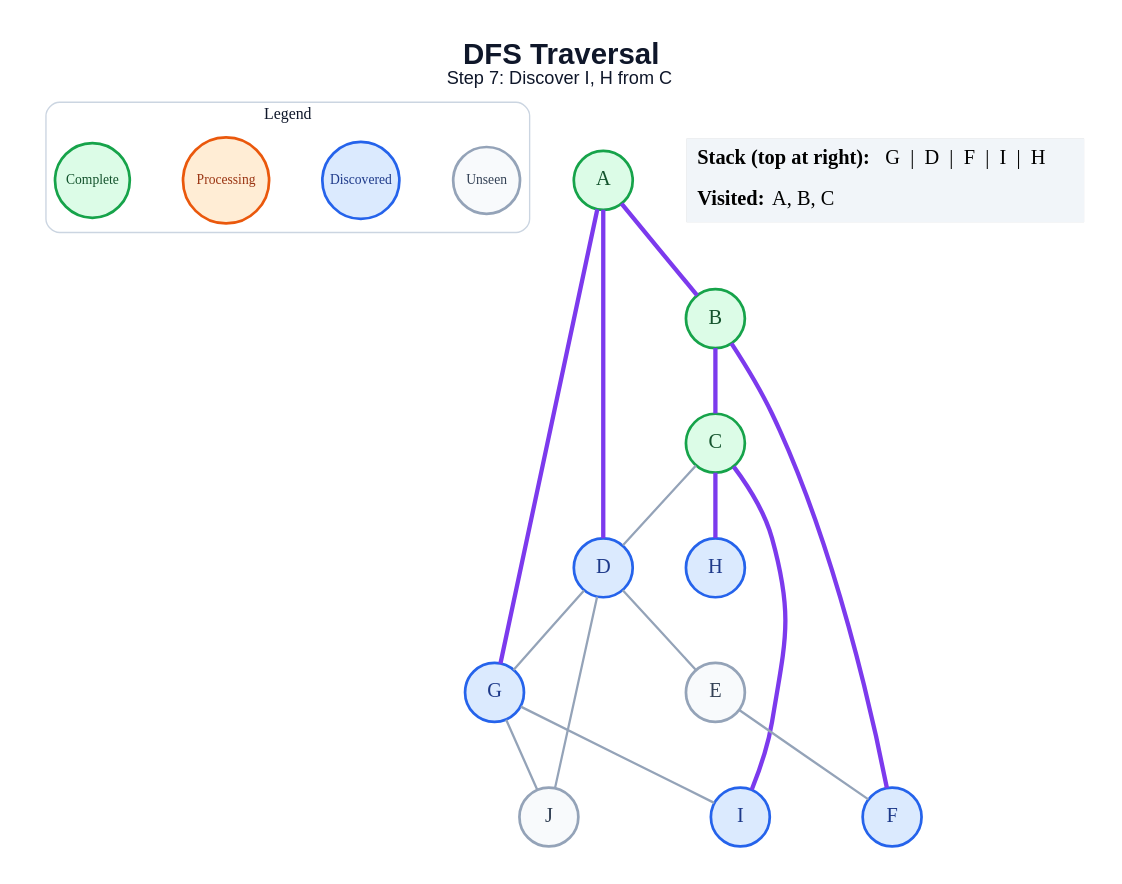
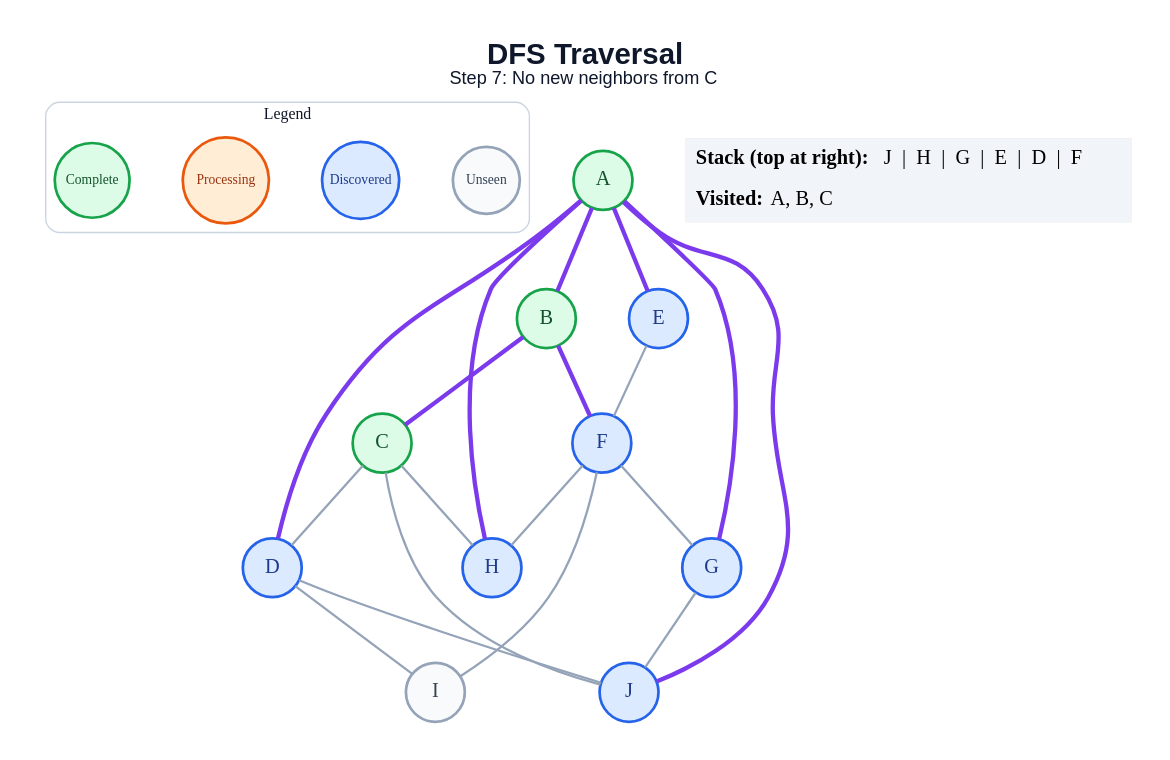
The diagram in generated/dfs/step_07.dot (anon7238593-create/ai-slop), drawn with Graphviz before and after one commit. The commit also changed 178 other files, not shown here.

```diff
--- a/generated/dfs/step_07.dot
+++ b/generated/dfs/step_07.dot
@@ -1,43 +1,47 @@
 graph traversal {
   graph [layout=dot, rankdir=TB, bgcolor="#FFFFFF", pad="0.35", nodesep="0.65", ranksep="0.8", fontname="Arial"];
   node [shape=circle, style="filled", fontname="Arial Bold", fontsize=18, width=0.72, fixedsize=true, penwidth=2.4];
   edge [color="#94A3B8", penwidth=2.0];
-  label=<<B>DFS Traversal</B><BR/><FONT POINT-SIZE="16">Step 7: Discover I, H from C</FONT>>; labelloc="t"; fontsize=26; fontname="Arial"; fontcolor="#0F172A";
+  label=<<B>DFS Traversal</B><BR/><FONT POINT-SIZE="16">Step 7: No new neighbors from C</FONT>>; labelloc="t"; fontsize=26; fontname="Arial"; fontcolor="#0F172A";
   subgraph cluster_legend { label="Legend"; color="#CBD5E1"; penwidth=1.2; style="rounded"; fontsize=14; fontname="Arial Bold";
     key_unseen [label="Unseen", fillcolor="#F8FAFC", color="#94A3B8", fontcolor="#334155", fontsize=12, width=0.82];
     key_frontier [label="Discovered", fillcolor="#DBEAFE", color="#2563EB", fontcolor="#1E3A8A", fontsize=12, width=0.95];
     key_current [label="Processing", fillcolor="#FFEDD5", color="#EA580C", fontcolor="#9A3412", fontsize=12, width=1.05];
     key_done [label="Complete", fillcolor="#DCFCE7", color="#16A34A", fontcolor="#14532D", fontsize=12, width=0.92];
     { rank=same; key_unseen; key_frontier; key_current; key_done; }
   }
   A [fillcolor="#DCFCE7", color="#16A34A", fontcolor="#14532D"];
   B [fillcolor="#DCFCE7", color="#16A34A", fontcolor="#14532D"];
   C [fillcolor="#DCFCE7", color="#16A34A", fontcolor="#14532D"];
   D [fillcolor="#DBEAFE", color="#2563EB", fontcolor="#1E3A8A"];
-  E [fillcolor="#F8FAFC", color="#94A3B8", fontcolor="#334155"];
+  E [fillcolor="#DBEAFE", color="#2563EB", fontcolor="#1E3A8A"];
   F [fillcolor="#DBEAFE", color="#2563EB", fontcolor="#1E3A8A"];
   G [fillcolor="#DBEAFE", color="#2563EB", fontcolor="#1E3A8A"];
   H [fillcolor="#DBEAFE", color="#2563EB", fontcolor="#1E3A8A"];
-  I [fillcolor="#DBEAFE", color="#2563EB", fontcolor="#1E3A8A"];
-  J [fillcolor="#F8FAFC", color="#94A3B8", fontcolor="#334155"];
+  I [fillcolor="#F8FAFC", color="#94A3B8", fontcolor="#334155"];
+  J [fillcolor="#DBEAFE", color="#2563EB", fontcolor="#1E3A8A"];
   A -- B [color="#7C3AED", penwidth=3.8];
   A -- D [color="#7C3AED", penwidth=3.8];
+  A -- E [color="#7C3AED", penwidth=3.8];
   A -- G [color="#7C3AED", penwidth=3.8];
+  A -- H [color="#7C3AED", penwidth=3.8];
+  A -- J [color="#7C3AED", penwidth=3.8];
   B -- C [color="#7C3AED", penwidth=3.8];
   B -- F [color="#7C3AED", penwidth=3.8];
   C -- D;
-  C -- H [color="#7C3AED", penwidth=3.8];
-  C -- I [color="#7C3AED", penwidth=3.8];
-  D -- E;
-  D -- G;
+  C -- H;
+  C -- J;
+  D -- I;
   D -- J;
   E -- F;
-  G -- I;
+  F -- G;
+  F -- H;
+  F -- I;
   G -- J;
   status [shape=plain, fixedsize=false, width=0, height=0, margin=0, label=<
     <TABLE BORDER="0" CELLBORDER="0" CELLPADDING="7" BGCOLOR="#F1F5F9">
-      <TR><TD ALIGN="LEFT"><B>Stack (top at right):</B> G  |  D  |  F  |  I  |  H</TD></TR>
+      <TR><TD ALIGN="LEFT"><B>Stack (top at right):</B> J  |  H  |  G  |  E  |  D  |  F</TD></TR>
       <TR><TD ALIGN="LEFT"><B>Visited:</B> A, B, C</TD></TR>
     </TABLE>
   >];
 }
```
